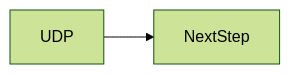
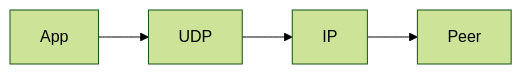
One commit to OmidJavaherii/Frontend-Engineering-Handbook changed the second of 2 diagrams in docs/en/02-internet/udp/index.md. Above: the diagram before and after it, drawn with Mermaid (forest theme). The commit also changed other lines of this file and 461 other files, not shown here.

````diff
--- a/docs/en/02-internet/udp/index.md
+++ b/docs/en/02-internet/udp/index.md
@@ -94,4 +103,4 @@
 ```mermaid
 flowchart LR
-  concept[UDP] --> nextStep[NextStep]
+  App --> UDP --> IP --> Peer
 ```
````
